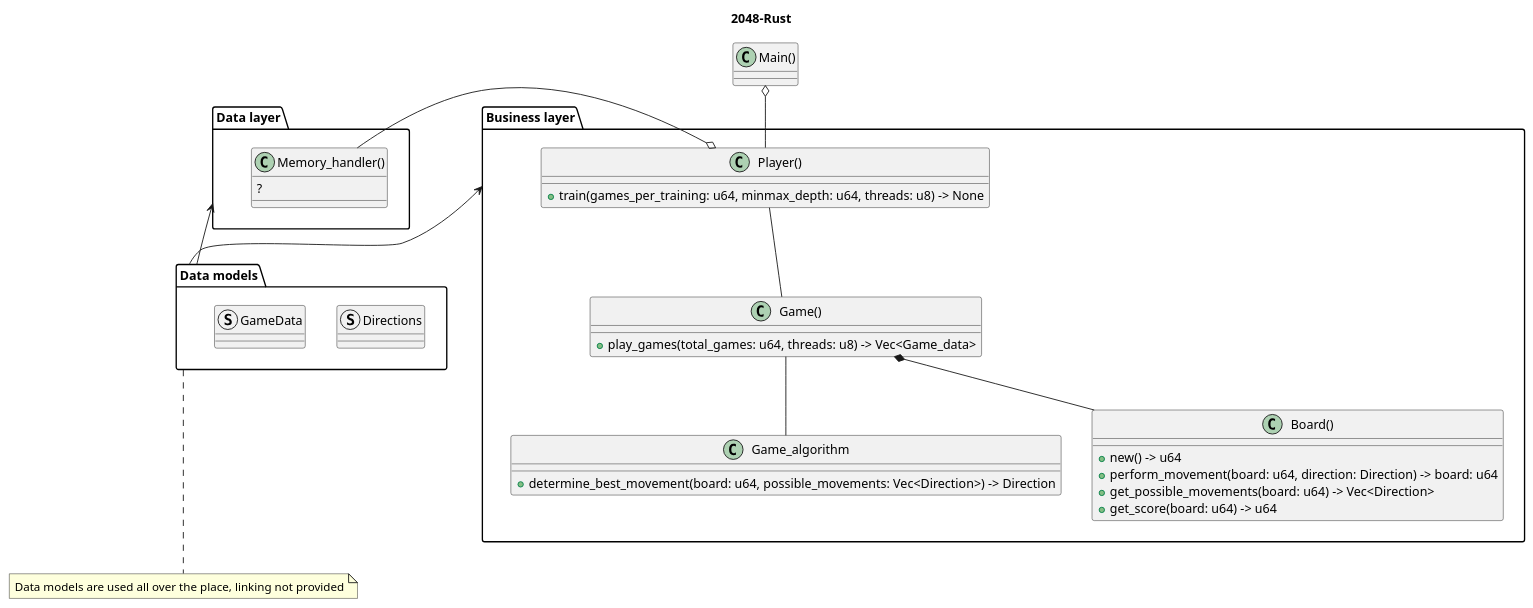
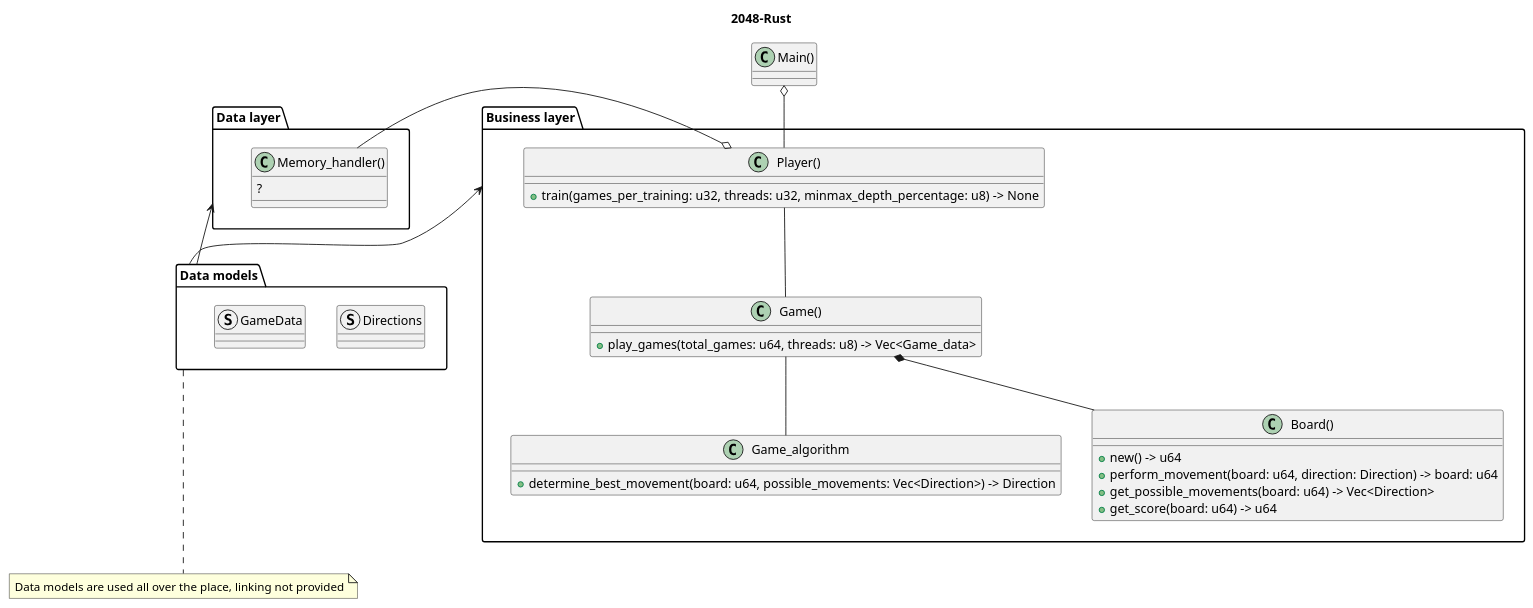
Before and after one commit to LuukHenk/2048-Solver: the diagram in docs/rust_design.puml, drawn with PlantUML. The commit also changed 15 other files, not shown here.

```diff
--- a/docs/rust_design.puml
+++ b/docs/rust_design.puml
@@ -1,47 +1,47 @@
 @startuml 2048-rust
 
 title 2048-Rust
 
 class main as "Main()"
 
 package business_layer as "Business layer"{
     class player as "Player()" {
-        + train(games_per_training: u64, minmax_depth: u64, threads: u8) -> None
+        + train(games_per_training: u32, threads: u32, minmax_depth_percentage: u8) -> None
     }
 
     class game as "Game()" {
         + play_games(total_games: u64, threads: u8) -> Vec<Game_data>
     }
     class game_algorithm as "Game_algorithm" {
         + determine_best_movement(board: u64, possible_movements: Vec<Direction>) -> Direction
     }
     class board as "Board()" {
         + new() -> u64
         + perform_movement(board: u64, direction: Direction) -> board: u64
         + get_possible_movements(board: u64) -> Vec<Direction>
         + get_score(board: u64) -> u64
     }
 }
 
 package data_layer as "Data layer" {
     class memory_handler as "Memory_handler()" {
         ?
     }
 }
 
 
 note "Data models are used all over the place, linking not provided" as data_models_note
 package data_models as "Data models" {
     struct directions as "Directions"
     struct game_data as "GameData"
 }
 
 main o-- player
 player o- memory_handler
 player O-- game
 game O-- game_algorithm
 game *-- board
 data_layer <-- data_models
 business_layer <-- data_models 
 data_models ... data_models_note
 @enduml
```
